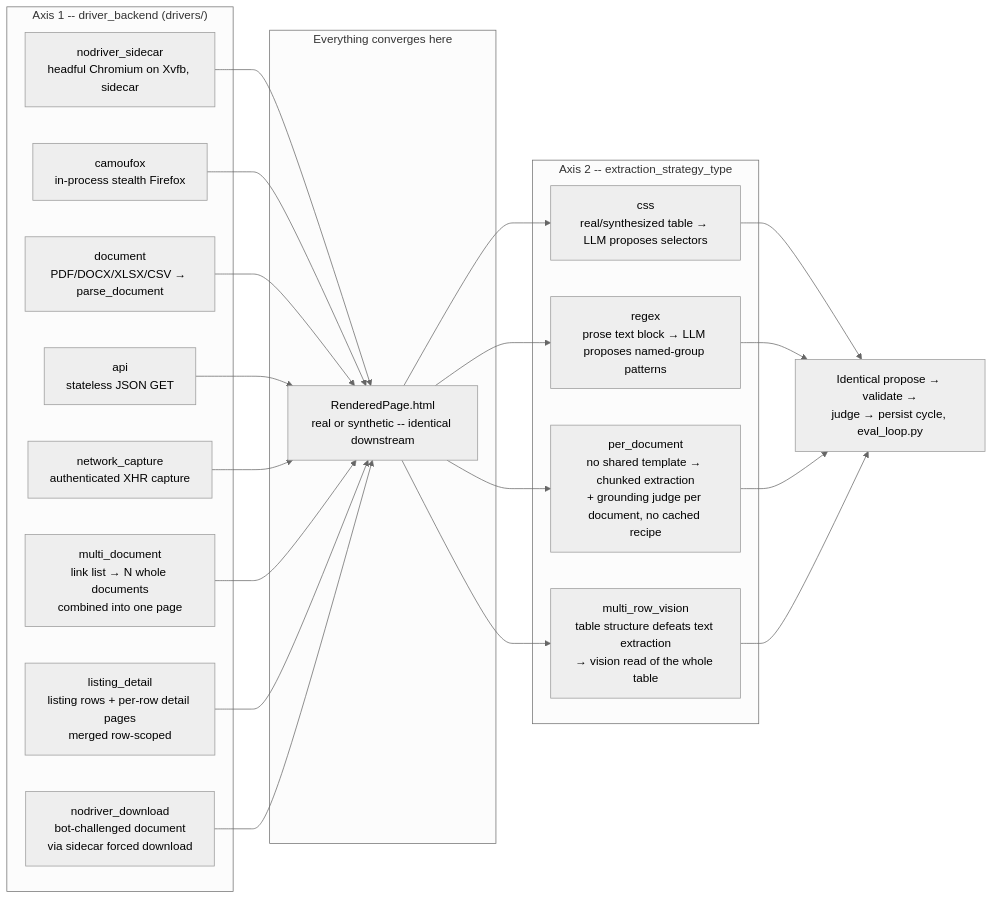
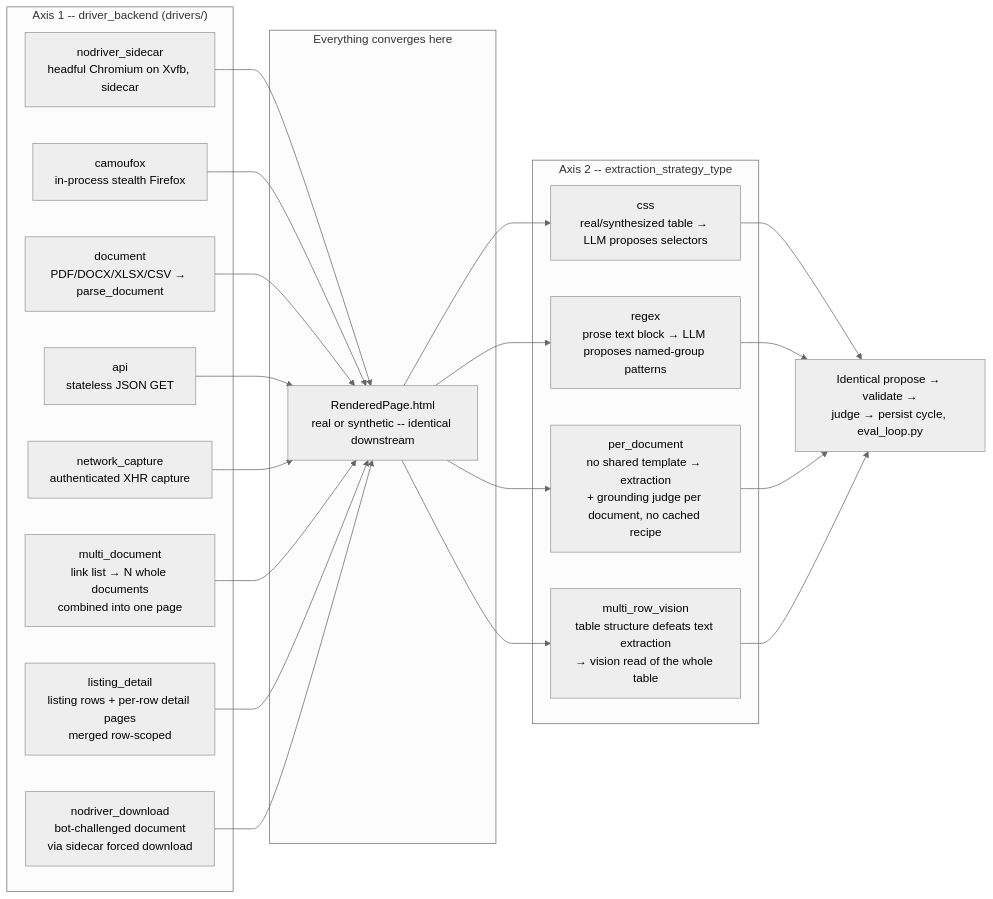
Before and after one commit to pacepace/3tears: the second of 3 diagrams in packages/scrape/README.md, drawn with Mermaid (neutral theme). The commit also changed other lines of this file and 5 other files, not shown here.

````diff
--- a/packages/scrape/README.md
+++ b/packages/scrape/README.md
@@ -104,28 +104,28 @@
 ```mermaid
 flowchart LR
     subgraph Fetch["Axis 1 -- driver_backend (drivers/)"]
         D1[nodriver_sidecar<br/>headful Chromium on Xvfb, sidecar]
         D2[camoufox<br/>in-process stealth Firefox]
         D3[document<br/>PDF/DOCX/XLSX/CSV → parse_document]
         D4[api<br/>stateless JSON GET]
         D5[network_capture<br/>authenticated XHR capture]
         D6[multi_document<br/>link list → N whole documents<br/>combined into one page]
         D7[listing_detail<br/>listing rows + per-row detail pages<br/>merged row-scoped]
         D8[nodriver_download<br/>bot-challenged document<br/>via sidecar forced download]
     end
     subgraph Converge["Everything converges here"]
         R[RenderedPage.html<br/>real or synthetic -- identical downstream]
     end
     subgraph Extract["Axis 2 -- extraction_strategy_type"]
         S1[css<br/>real/synthesized table → LLM proposes selectors]
         S2[regex<br/>prose text block → LLM proposes named-group patterns]
-        S3[per_document<br/>no shared template → chunked extraction<br/>+ grounding judge per document, no cached recipe]
+        S3[per_document<br/>no shared template → extraction<br/>+ grounding judge per document, no cached recipe]
         S4[multi_row_vision<br/>table structure defeats text extraction<br/>→ vision read of the whole table]
     end
     D1 & D2 & D3 & D4 & D5 & D6 & D7 & D8 --> R
     R --> S1
     R --> S2
     R --> S3
     R --> S4
     S1 & S2 & S3 & S4 --> J[Identical propose → validate →<br/>judge → persist cycle, eval_loop.py]
 ```
````
